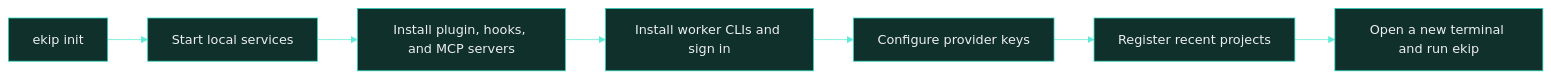
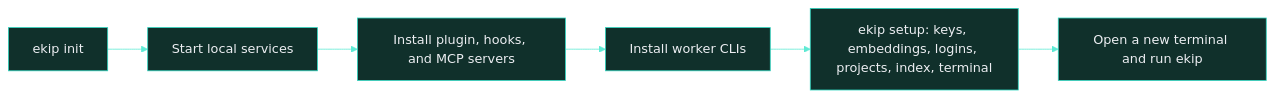
Before and after one commit to duzgunberke/ekip: the diagram in docs/install.md, drawn with Mermaid. The commit also changed other lines of this file and 2 other files, not shown here.

Commit message:
docs: guided setup, reminders, pools view, background work and language in install and commands

````diff
--- a/docs/install.md
+++ b/docs/install.md
@@ -24,13 +24,12 @@
 ```mermaid
 %%{init: {'theme':'base','themeVariables':{'primaryColor':'#10302B','primaryTextColor':'#ECEEF2','primaryBorderColor':'#2DD4BF','lineColor':'#5EEAD4','secondaryColor':'#24180F','tertiaryColor':'#15181E','fontFamily':'Inter, -apple-system, Segoe UI, sans-serif'}}}%%
 flowchart LR
   init["ekip init"] --> services["Start local services"]
   services --> plugin["Install plugin, hooks, and MCP servers"]
-  plugin --> workers["Install worker CLIs and sign in"]
-  workers --> keys["Configure provider keys"]
-  keys --> projects["Register recent projects"]
-  projects --> ready["Open a new terminal and run ekip"]
+  plugin --> workers["Install worker CLIs"]
+  workers --> setup["ekip setup: keys, embeddings, logins, projects, index, terminal"]
+  setup --> ready["Open a new terminal and run ekip"]
   classDef amber fill:#24180F,stroke:#F08A3C,color:#ECEEF2;
   classDef teal fill:#10302B,stroke:#2DD4BF,color:#ECEEF2;
-  class init,services,plugin,workers,keys,projects,ready teal;
+  class init,services,plugin,workers,setup,ready teal;
 ```
````
